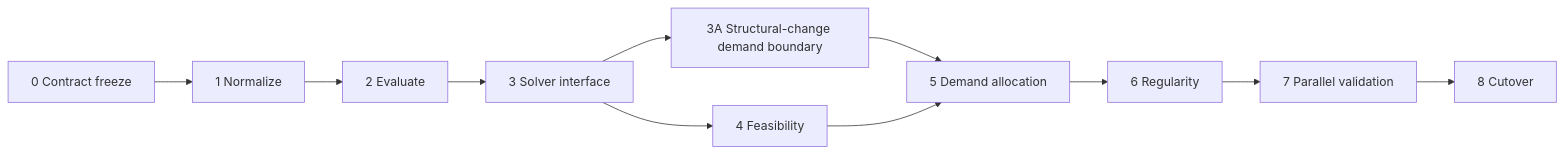
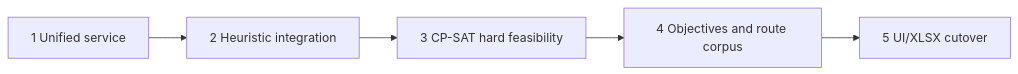
Before and after one commit to longpsu-bot/bus-schedule-optimizer: the diagram in docs/engine/MIGRATION_ROADMAP_TO_OR_TOOLS.md, drawn with Mermaid. The commit also changed other lines of this file and 7 other files, not shown here.

````diff
--- a/docs/engine/MIGRATION_ROADMAP_TO_OR_TOOLS.md
+++ b/docs/engine/MIGRATION_ROADMAP_TO_OR_TOOLS.md
@@ -69,9 +138,7 @@
 ```mermaid
 flowchart LR
-  S0["0 Contract freeze"] --> S1["1 Normalize"] --> S2["2 Evaluate"] --> S3["3 Solver interface"]
-  S3 --> S3A["3A Structural-change demand boundary"]
-  S3 --> S4["4 Feasibility"]
-  S3A --> S5["5 Demand allocation"]
-  S4 --> S5 --> S6["6 Regularity"]
-  S6 --> S7["7 Parallel validation"] --> S8["8 Cutover"]
+  M1["1 Unified service"] --> M2["2 Heuristic integration"]
+  M2 --> M3["3 CP-SAT hard feasibility"]
+  M3 --> M4["4 Objectives and route corpus"]
+  M4 --> M5["5 UI/XLSX cutover"]
 ```
````
